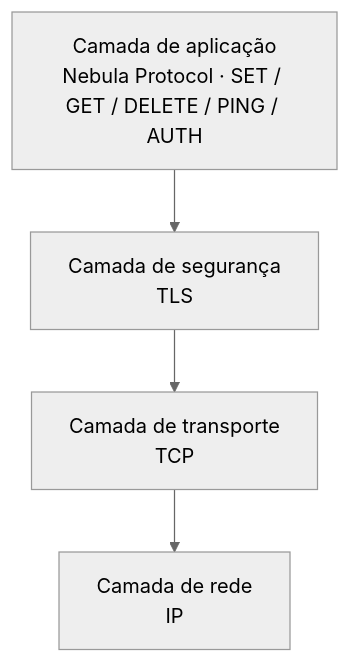
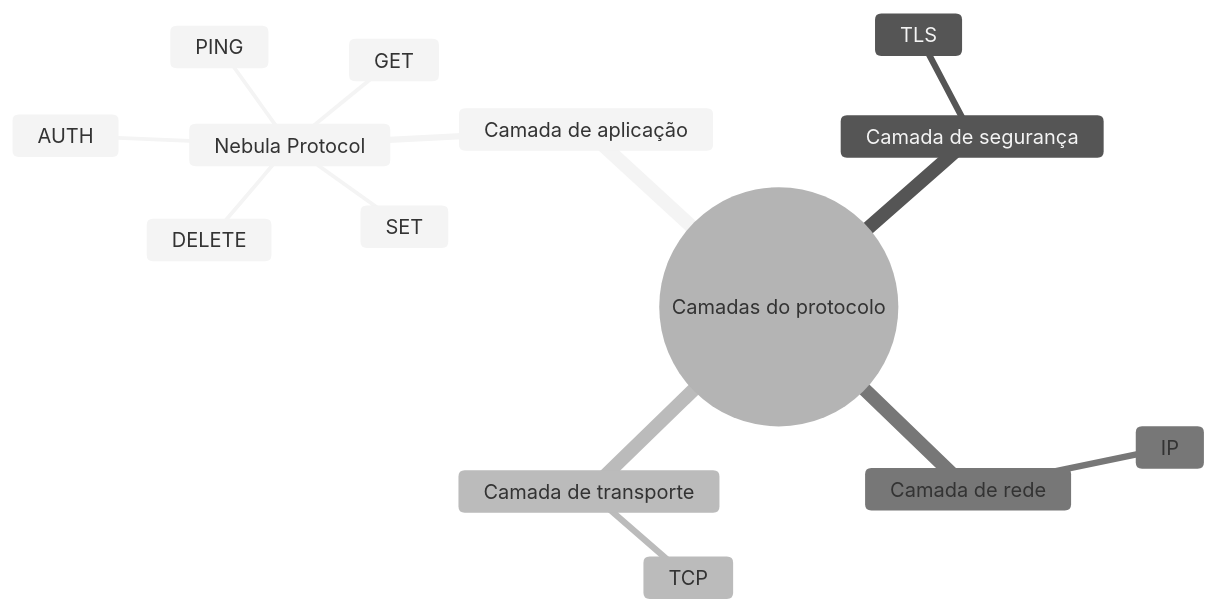
One commit to dyotamo/blog changed the first of 5 diagrams in content/pt/articles/nebula-protocol/index.md. Above: the diagram before and after it, drawn with Mermaid (neutral theme). The commit also changed other lines of this file and 26 other files, not shown here.

````diff
--- a/content/pt/articles/nebula-protocol/index.md
+++ b/content/pt/articles/nebula-protocol/index.md
@@ -100,6 +100,17 @@
 ```mermaid
-flowchart TD
-    app["Camada de aplicação<br/>Nebula Protocol · SET / GET / DELETE / PING / AUTH"] --> tls["Camada de segurança<br/>TLS"]
-    tls --> tcp["Camada de transporte<br/>TCP"]
-    tcp --> ip["Camada de rede<br/>IP"]
+mindmap
+  root((Camadas do protocolo))
+    Camada de aplicação
+      Nebula Protocol
+        SET
+        GET
+        DELETE
+        PING
+        AUTH
+    Camada de segurança
+      TLS
+    Camada de transporte
+      TCP
+    Camada de rede
+      IP
 ```
````
